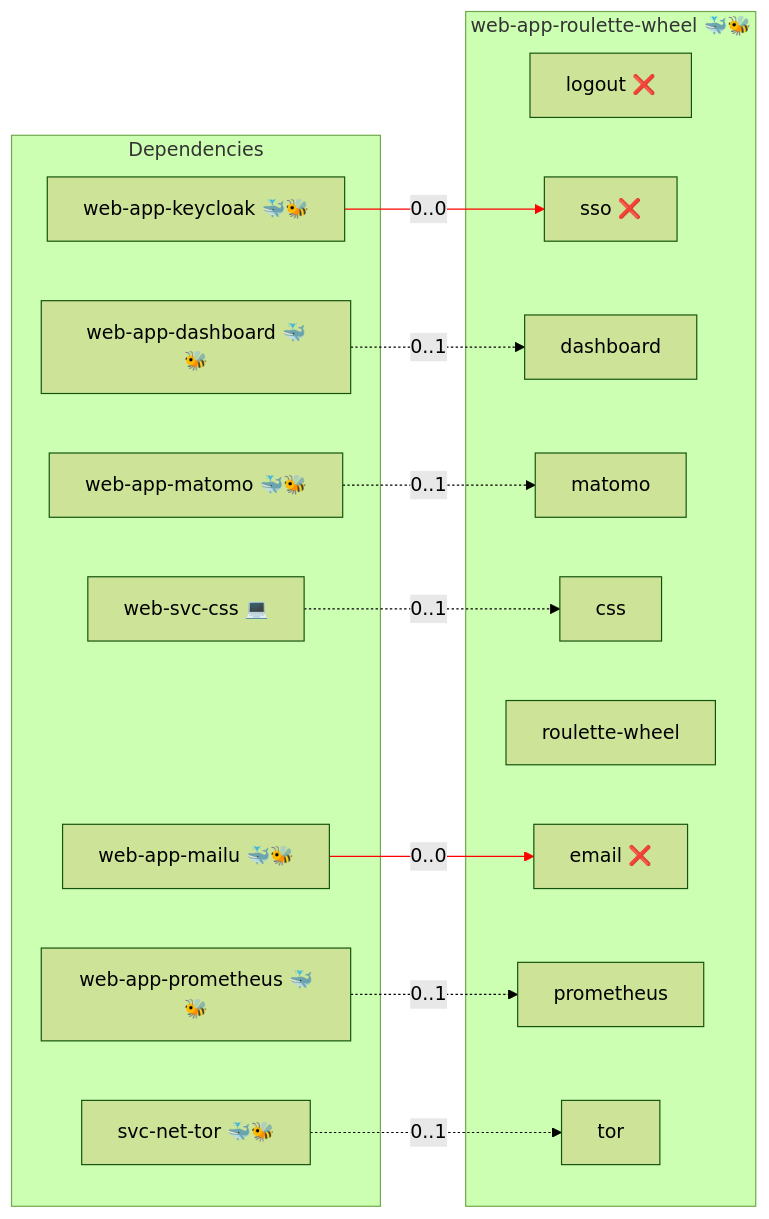
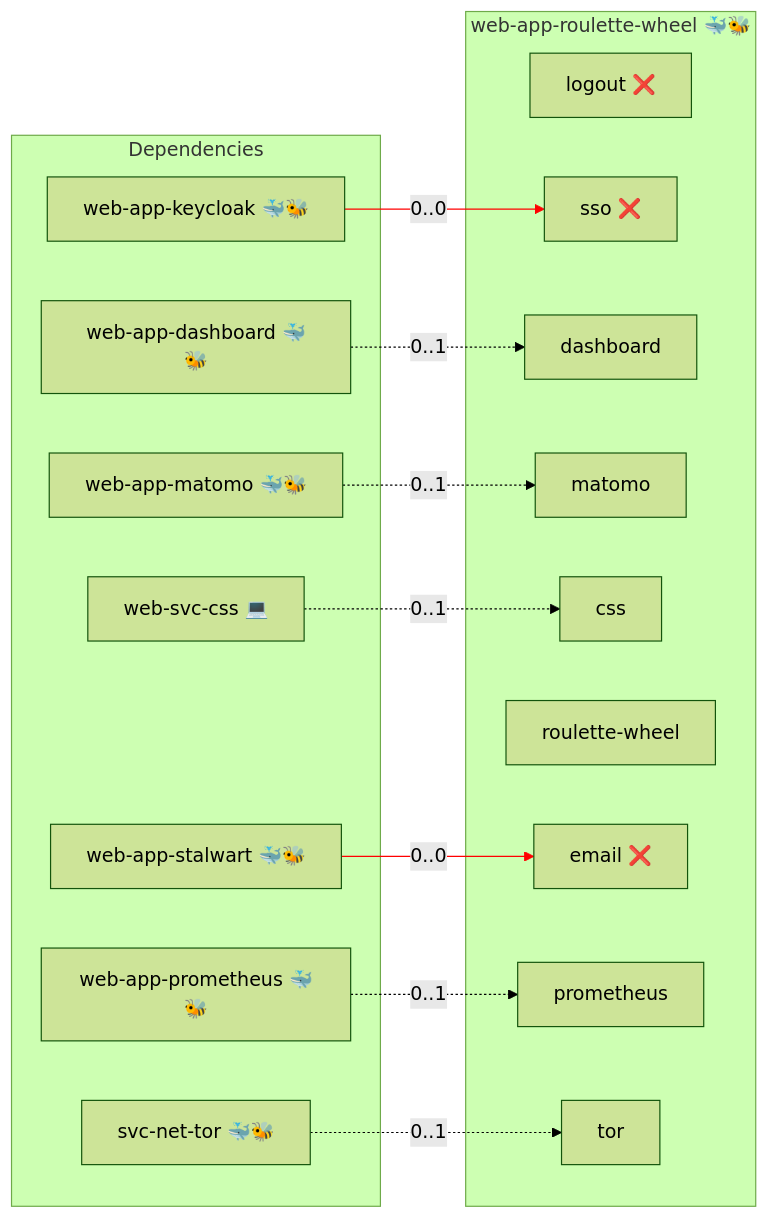
The diagram in roles/web-app-roulette-wheel/README.md (AlejandroRomanIbanez/infinito-nexus), drawn with Mermaid (forest theme) before and after one commit. The commit also changed 67 other files, not shown here.

````diff
--- a/roles/web-app-roulette-wheel/README.md
+++ b/roles/web-app-roulette-wheel/README.md
@@ -15,31 +15,31 @@
 ```mermaid
 flowchart LR
     subgraph deps [Dependencies]
         dep_svc_net_tor["svc-net-tor 🐳🐝"]
         dep_web_app_dashboard["web-app-dashboard 🐳🐝"]
         dep_web_app_keycloak["web-app-keycloak 🐳🐝"]
-        dep_web_app_mailu["web-app-mailu 🐳🐝"]
         dep_web_app_matomo["web-app-matomo 🐳🐝"]
         dep_web_app_prometheus["web-app-prometheus 🐳🐝"]
+        dep_web_app_stalwart["web-app-stalwart 🐳🐝"]
         dep_web_svc_css["web-svc-css 💻"]
     end
     subgraph role [web-app-roulette-wheel 🐳🐝]
         svc_logout["logout ❌"]
         svc_sso["sso ❌"]
         svc_dashboard["dashboard"]
         svc_matomo["matomo"]
         svc_css["css"]
         svc_roulette_wheel["roulette-wheel"]
         svc_email["email ❌"]
         svc_prometheus["prometheus"]
         svc_tor["tor"]
     end
     dep_svc_net_tor -. "0..1" .-> svc_tor
     dep_web_app_dashboard -. "0..1" .-> svc_dashboard
     dep_web_app_keycloak -- "0..0" --> svc_sso
-    dep_web_app_mailu -- "0..0" --> svc_email
     dep_web_app_matomo -. "0..1" .-> svc_matomo
     dep_web_app_prometheus -. "0..1" .-> svc_prometheus
+    dep_web_app_stalwart -- "0..0" --> svc_email
     dep_web_svc_css -. "0..1" .-> svc_css
-    linkStyle 2,3 stroke:red;
+    linkStyle 2,5 stroke:red;
 ```
````
